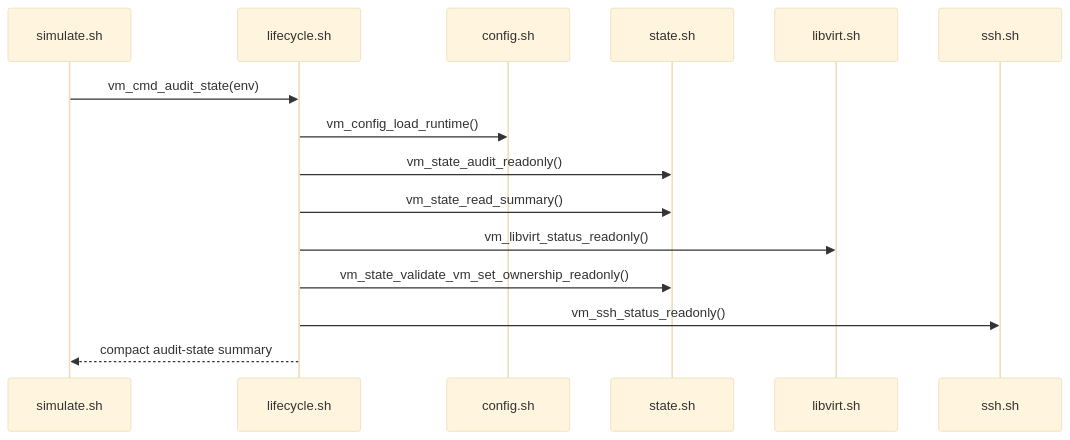
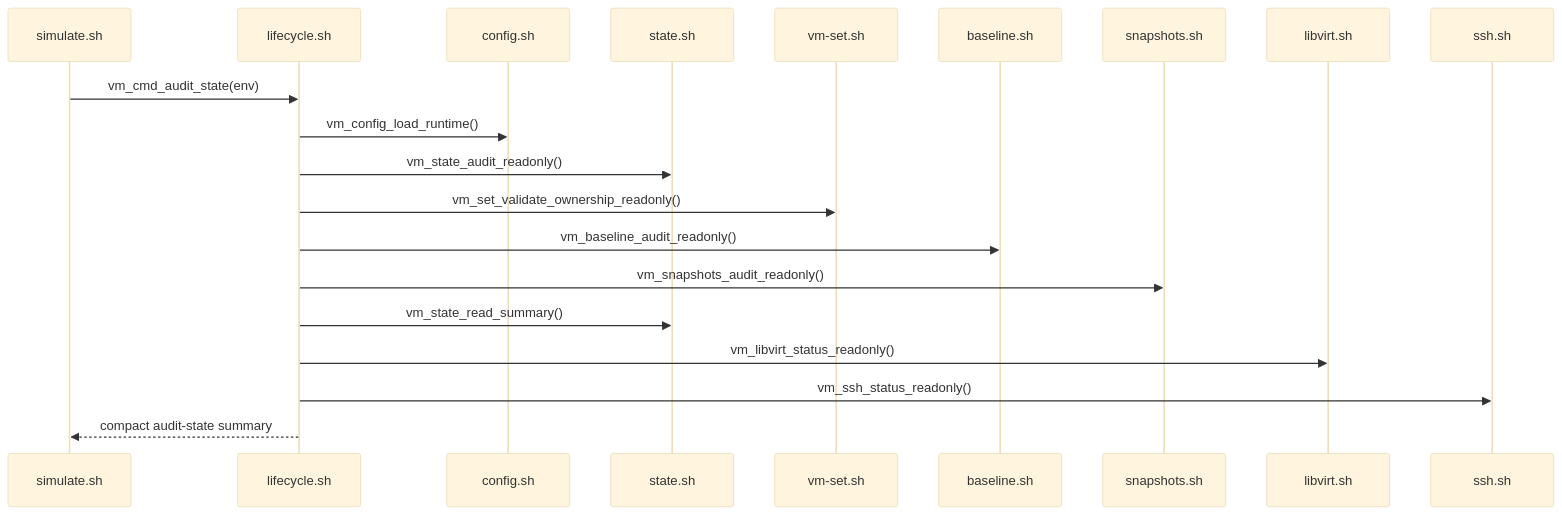
Before and after one commit to NoNine/loopforge: diagram 15 of 19 in simulation/vm/sequences.md, drawn with Mermaid (base theme). The commit also changed other lines of this file and 18 other files, not shown here.

````diff
--- a/simulation/vm/sequences.md
+++ b/simulation/vm/sequences.md
@@ -300,18 +302,23 @@
 ```mermaid
 sequenceDiagram
   participant CLI as simulate.sh
   participant LC as lifecycle.sh
   participant CFG as config.sh
   participant ST as state.sh
+  participant SET as vm-set.sh
+  participant BASE as baseline.sh
+  participant SNAP as snapshots.sh
   participant LV as libvirt.sh
   participant SSH as ssh.sh
 
   CLI->>LC: vm_cmd_audit_state(env)
   LC->>CFG: vm_config_load_runtime()
   LC->>ST: vm_state_audit_readonly()
+  LC->>SET: vm_set_validate_ownership_readonly()
+  LC->>BASE: vm_baseline_audit_readonly()
+  LC->>SNAP: vm_snapshots_audit_readonly()
   LC->>ST: vm_state_read_summary()
   LC->>LV: vm_libvirt_status_readonly()
-  LC->>ST: vm_state_validate_vm_set_ownership_readonly()
   LC->>SSH: vm_ssh_status_readonly()
   LC-->>CLI: compact audit-state summary
 ```
````
